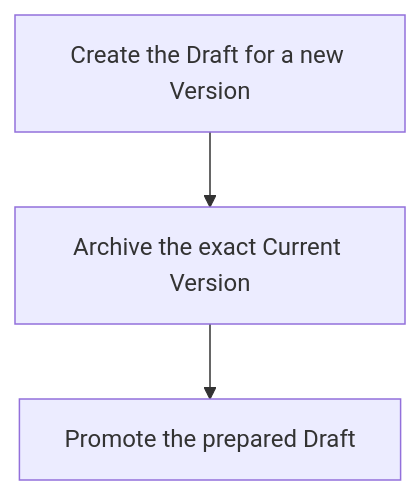
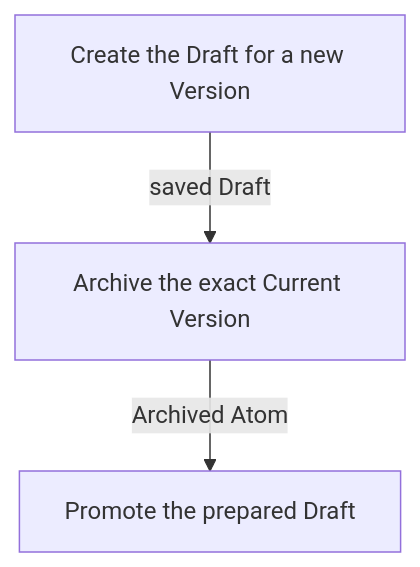
Before and after one commit to anatoly-m-maslennikov/caprmedio-graph-driven-framework: the diagram in .caprmedio_caprmedio/CA-SU-9_LAYER_1_FRAMEWORK_METHODOLOGY/CA-SU-10_SUPERLAYER_1_METHODOLOGY_SOURCES/CA-SU-13_LAYER_3_PROJECT_CONFIGURATION/09_operations/draft/atom-lifecycle/CA-O-draft-PROJECT_CONFIGURATION-WORKFLOW--atom-lifecycle-update-atom.md, drawn with Mermaid. The commit also changed other lines of this file and 5011 other files, not shown here.

````diff
--- a/.caprmedio_caprmedio/CA-SU-9_LAYER_1_FRAMEWORK_METHODOLOGY/CA-SU-10_SUPERLAYER_1_METHODOLOGY_SOURCES/CA-SU-13_LAYER_3_PROJECT_CONFIGURATION/09_operations/draft/atom-lifecycle/CA-O-draft-PROJECT_CONFIGURATION-WORKFLOW--atom-lifecycle-update-atom.md
+++ b/.caprmedio_caprmedio/CA-SU-9_LAYER_1_FRAMEWORK_METHODOLOGY/CA-SU-10_SUPERLAYER_1_METHODOLOGY_SOURCES/CA-SU-13_LAYER_3_PROJECT_CONFIGURATION/09_operations/draft/atom-lifecycle/CA-O-draft-PROJECT_CONFIGURATION-WORKFLOW--atom-lifecycle-update-atom.md
@@ -17,11 +31,11 @@
 ```mermaid
 graph TD;
     step1["Create the Draft for a new Version"];
     step2["Archive the exact Current Version"];
     step3["Promote the prepared Draft"];
-    step1 --> step2;
-    step2 --> step3;
+    step1 -->|saved Draft| step2;
+    step2 -->|Archived Atom| step3;
     click step1 "./CA-O-draft-PROJECT_CONFIGURATION-WORKFLOW--atom-lifecycle-update-atom/CA-O-draft-PROJECT_CONFIGURATION-STEP--create-the-draft-for-a-new-version.md" "Open Step";
     click step2 "./CA-O-draft-PROJECT_CONFIGURATION-WORKFLOW--atom-lifecycle-update-atom/CA-O-draft-PROJECT_CONFIGURATION-STEP--archive-the-exact-current-version.md" "Open Step";
     click step3 "./CA-O-draft-PROJECT_CONFIGURATION-WORKFLOW--atom-lifecycle-update-atom/CA-O-draft-PROJECT_CONFIGURATION-STEP--promote-the-prepared-draft.md" "Open Step";
 ```
````
